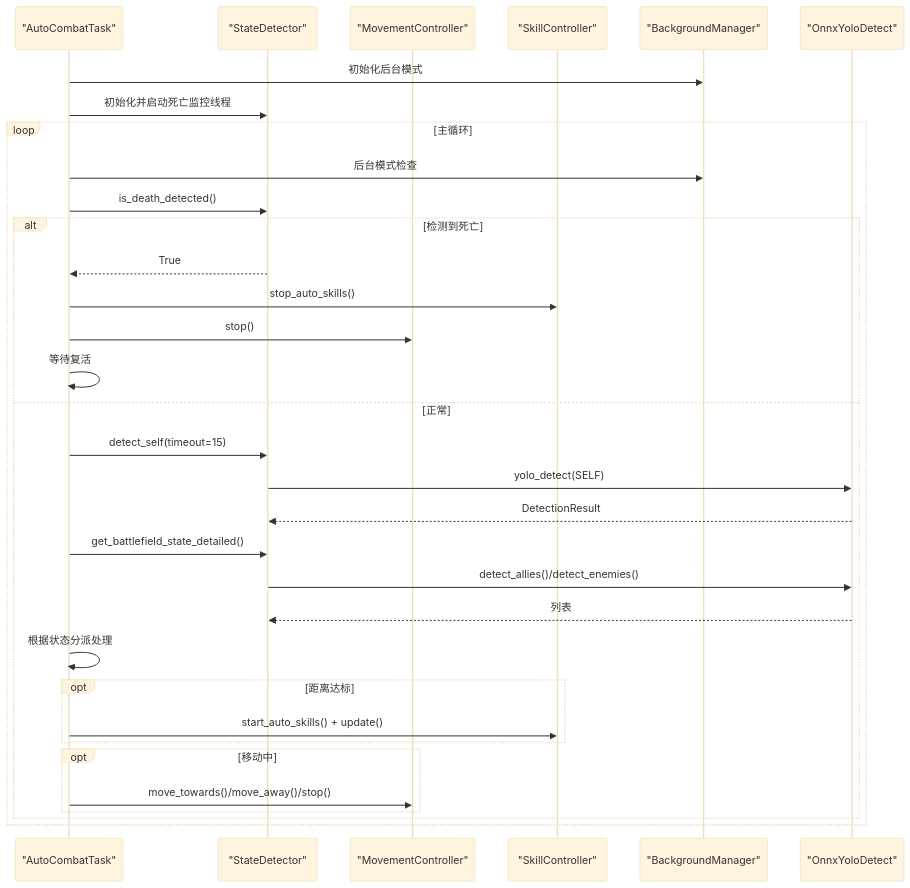
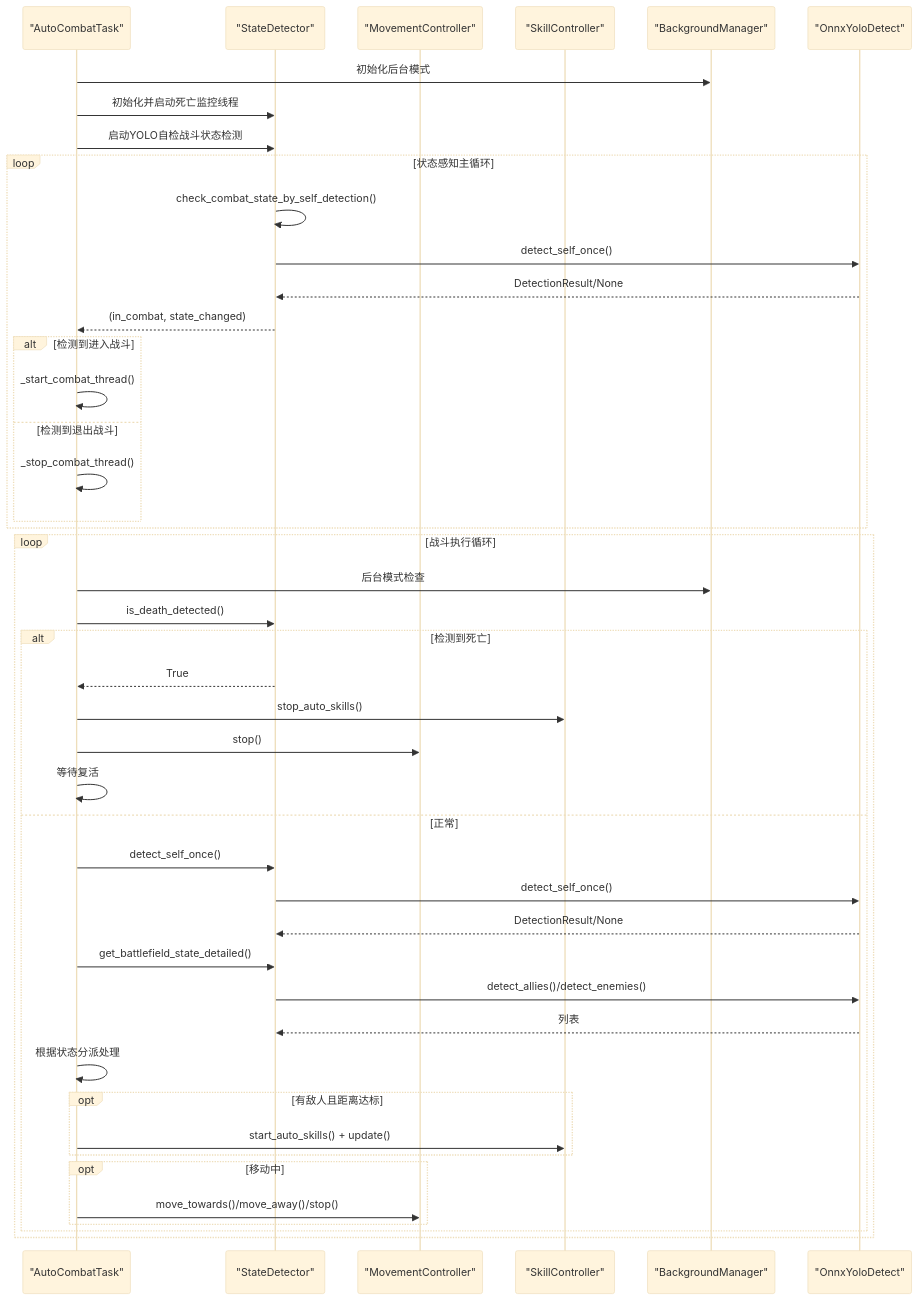
The second of 9 diagrams in .qoder/repowiki/zh/content/战斗系统/战斗系统.md (xsy098-max/ok-jump), drawn with Mermaid (base theme) before and after one commit. The commit also changed other lines of this file and 28 other files, not shown here.

````diff
--- a/.qoder/repowiki/zh/content/战斗系统/战斗系统.md
+++ b/.qoder/repowiki/zh/content/战斗系统/战斗系统.md
@@ -112,35 +106,47 @@
 ```mermaid
 sequenceDiagram
 participant Task as "AutoCombatTask"
 participant SD as "StateDetector"
 participant MC as "MovementController"
 participant SC as "SkillController"
 participant BG as "BackgroundManager"
 participant YOLO as "OnnxYoloDetect"
 Task->>BG : 初始化后台模式
 Task->>SD : 初始化并启动死亡监控线程
-loop 主循环
+Task->>SD : 启动YOLO自检战斗状态检测
+loop 状态感知主循环
+SD->>SD : check_combat_state_by_self_detection()
+SD->>YOLO : detect_self_once()
+YOLO-->>SD : DetectionResult/None
+SD-->>Task : (in_combat, state_changed)
+alt 检测到进入战斗
+Task->>Task : _start_combat_thread()
+else 检测到退出战斗
+Task->>Task : _stop_combat_thread()
+end
+end
+loop 战斗执行循环
 Task->>BG : 后台模式检查
 Task->>SD : is_death_detected()
 alt 检测到死亡
 SD-->>Task : True
 Task->>SC : stop_auto_skills()
 Task->>MC : stop()
 Task->>Task : 等待复活
 else 正常
-Task->>SD : detect_self(timeout=15)
-SD->>YOLO : yolo_detect(SELF)
-YOLO-->>SD : DetectionResult
+Task->>SD : detect_self_once()
+SD->>YOLO : detect_self_once()
+YOLO-->>SD : DetectionResult/None
 Task->>SD : get_battlefield_state_detailed()
 SD->>YOLO : detect_allies()/detect_enemies()
 YOLO-->>SD : 列表
 Task->>Task : 根据状态分派处理
-opt 距离达标
+opt 有敌人且距离达标
 Task->>SC : start_auto_skills() + update()
 end
 opt 移动中
 Task->>MC : move_towards()/move_away()/stop()
 end
 end
 end
 ```
````
